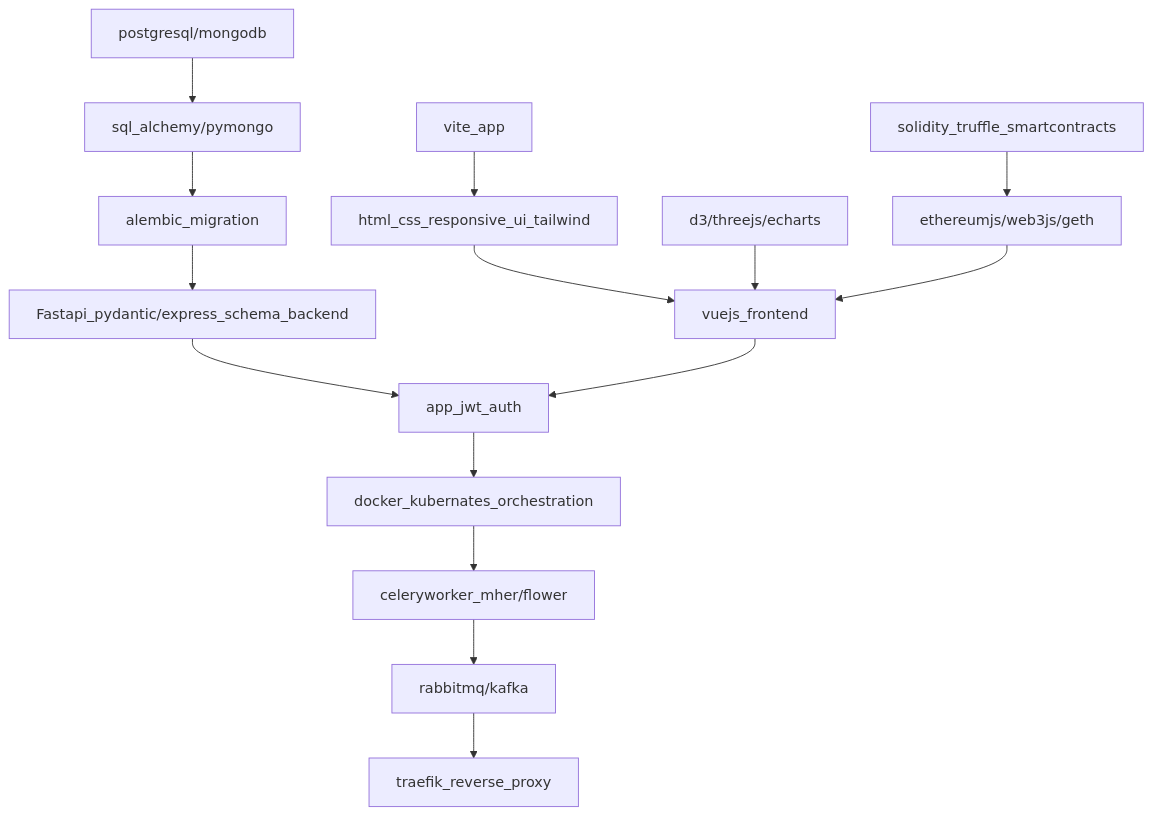
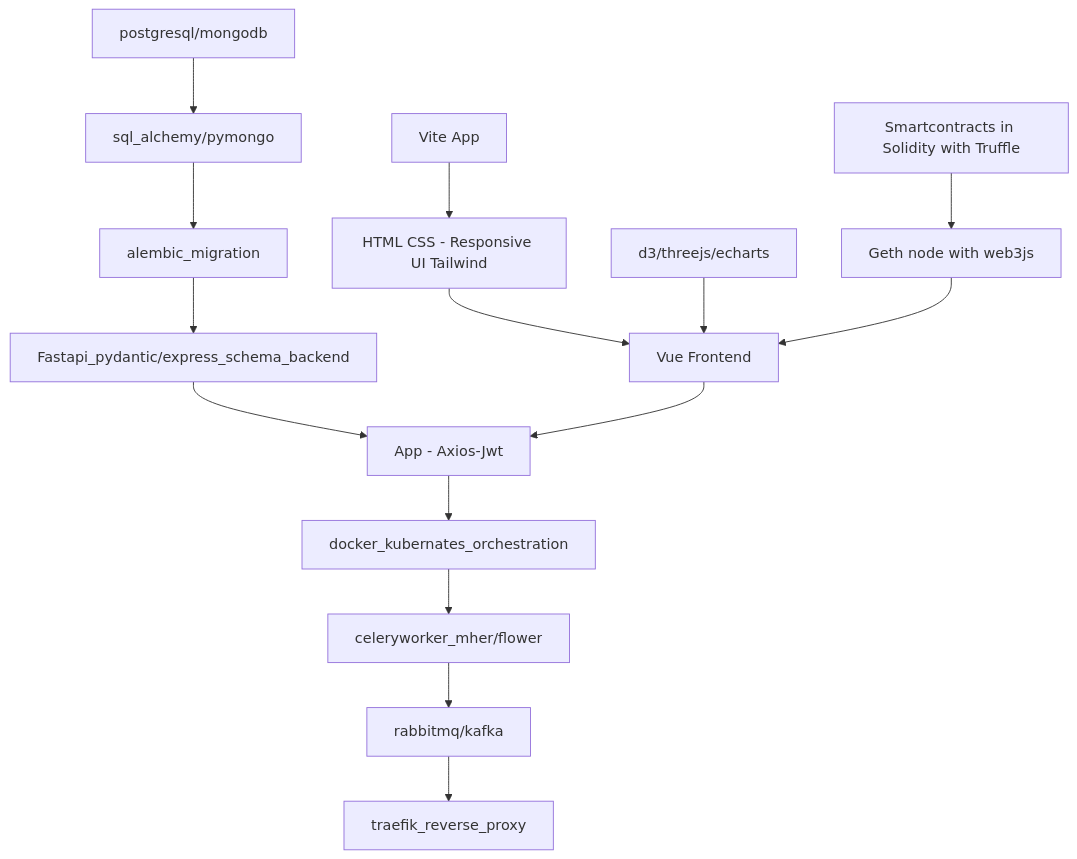
The first of 3 diagrams in libraries/readme.md (kalam360/learning-prgramming), drawn with Mermaid before and after one commit. The commit also changed other lines of this file and 15 other files, not shown here.

````diff
--- a/libraries/readme.md
+++ b/libraries/readme.md
@@ -5,22 +5,22 @@
 ```mermaid
-graph TD;
-    vite_app --> html_css_responsive_ui_tailwind
-    -->vuejs_frontend;
+graph TD
+    a[Vite App] --> b[HTML CSS - Responsive UI Tailwind]
+    -->c[Vue Frontend];
 
     postgresql/mongodb --> sql_alchemy/pymongo 
     --> alembic_migration --> Fastapi_pydantic/express_schema_backend;  
 
-    Fastapi_pydantic/express_schema_backend --> app_jwt_auth;
+    Fastapi_pydantic/express_schema_backend --> d[App - Axios-Jwt];
 
-    vuejs_frontend --> app_jwt_auth;
+    c[Vue Frontend] --> d[App - Axios-Jwt];
 
-    app_jwt_auth --> docker_kubernates_orchestration
+    d[App - Axios-Jwt] --> docker_kubernates_orchestration
     --> celeryworker_mher/flower --> rabbitmq/kafka 
     --> traefik_reverse_proxy;
 
-    d3/threejs/echarts-->vuejs_frontend;
+    d3/threejs/echarts-->c[Vue Frontend];
 
-    solidity_truffle_smartcontracts --> ethereumjs/web3js/geth --> vuejs_frontend;
+    e[Smartcontracts in Solidity with Truffle] --> f[Geth node with web3js] --> c[Vue Frontend];
 
 
 ```
````
